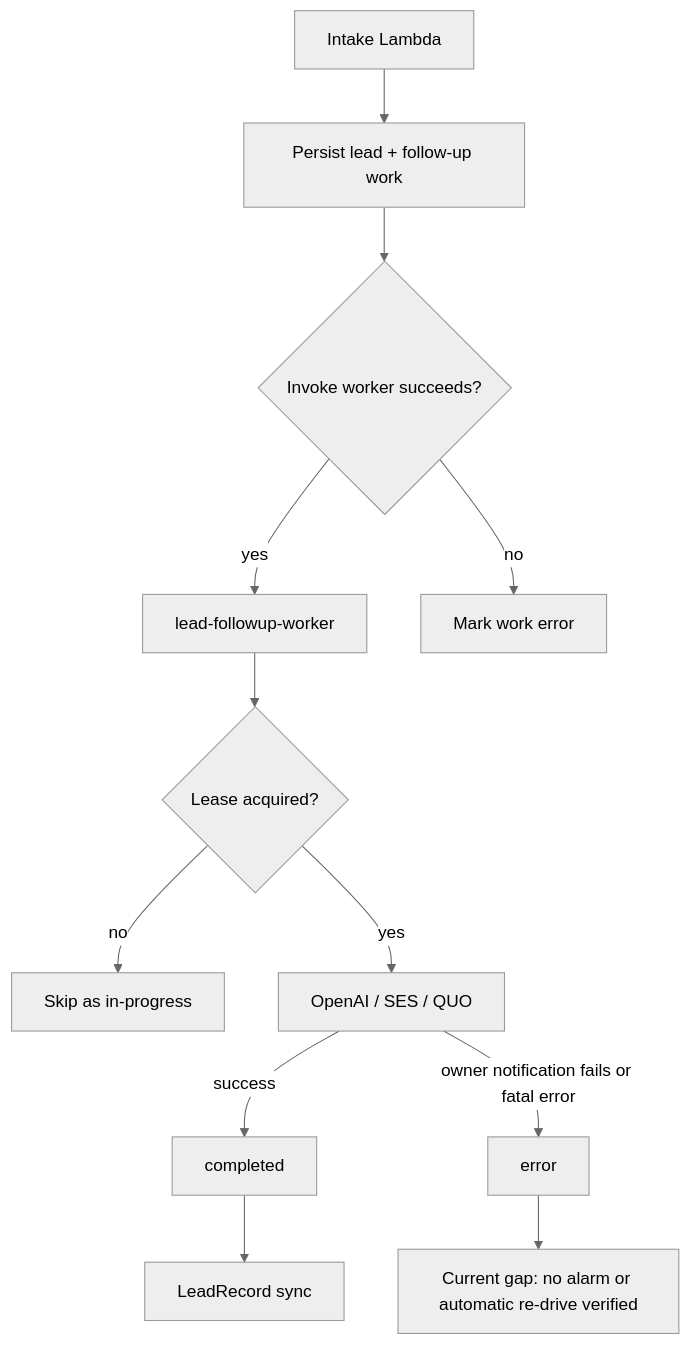
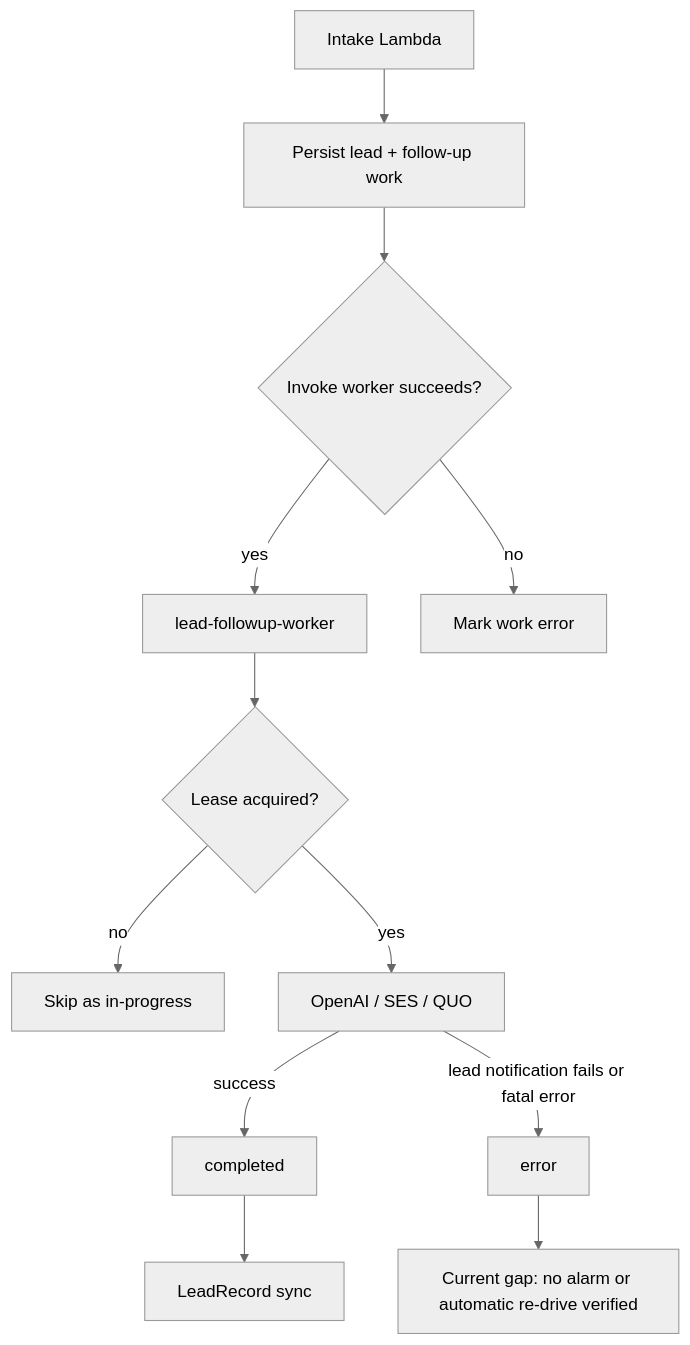
The fifth of 6 diagrams in docs/ai-lead-platform-readiness-review-2026-04-20.md (michaelgiraldo/craigs-autos), drawn with Mermaid (neutral theme) before and after one commit. The commit also changed other lines of this file and 36 other files, not shown here.

Commit message:
Refactor lead notification email templates

````diff
--- a/docs/ai-lead-platform-readiness-review-2026-04-20.md
+++ b/docs/ai-lead-platform-readiness-review-2026-04-20.md
@@ -174,14 +174,14 @@
 ```mermaid
 flowchart TD
   Intake["Intake Lambda"] --> Persist["Persist lead + follow-up work"]
   Persist --> Invoke{"Invoke worker succeeds?"}
   Invoke -->|"yes"| Worker["lead-followup-worker"]
   Invoke -->|"no"| MarkError["Mark work error"]
   Worker --> Lease{"Lease acquired?"}
   Lease -->|"no"| Skip["Skip as in-progress"]
   Lease -->|"yes"| Providers["OpenAI / SES / QUO"]
   Providers -->|"success"| Complete["completed"]
-  Providers -->|"owner notification fails or fatal error"| Error["error"]
+  Providers -->|"lead notification fails or fatal error"| Error["error"]
   Error --> Gap["Current gap: no alarm or automatic re-drive verified"]
   Complete --> Sync["LeadRecord sync"]
 ```
````
